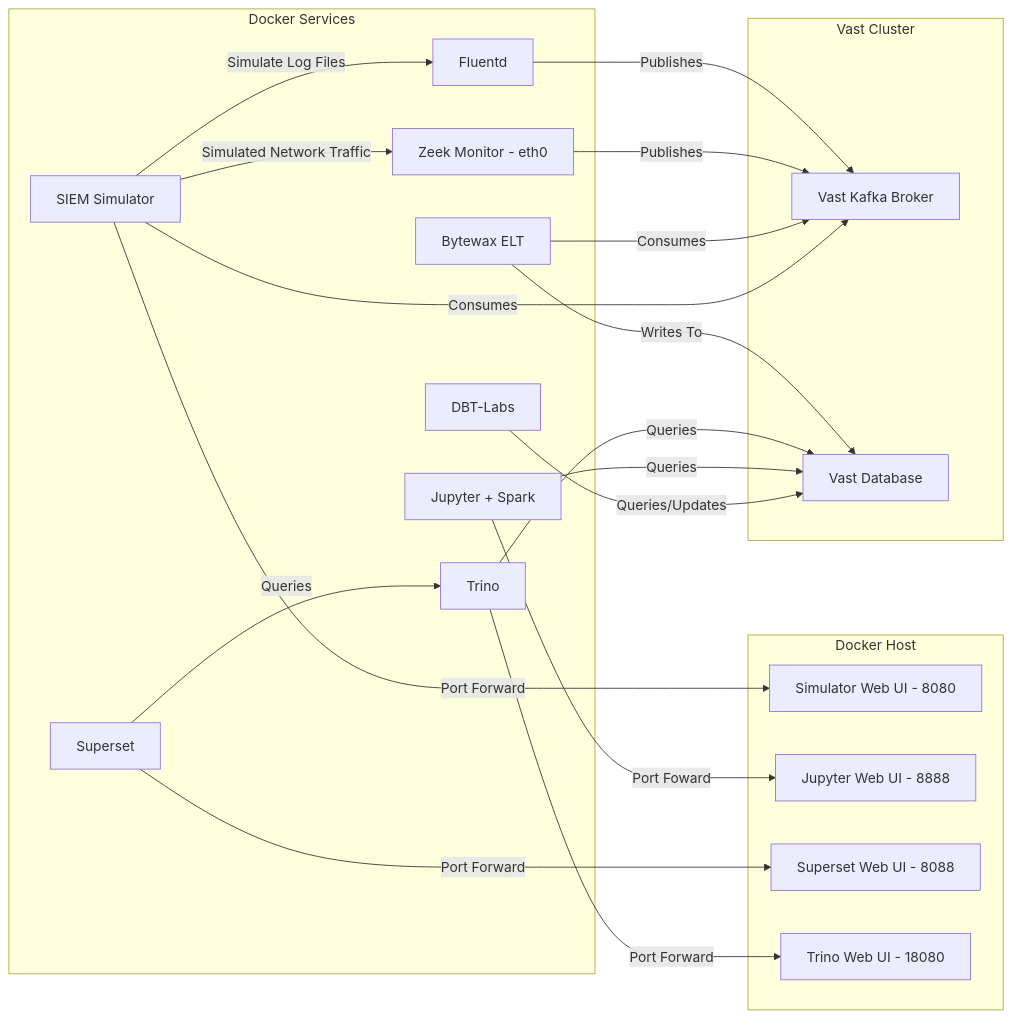
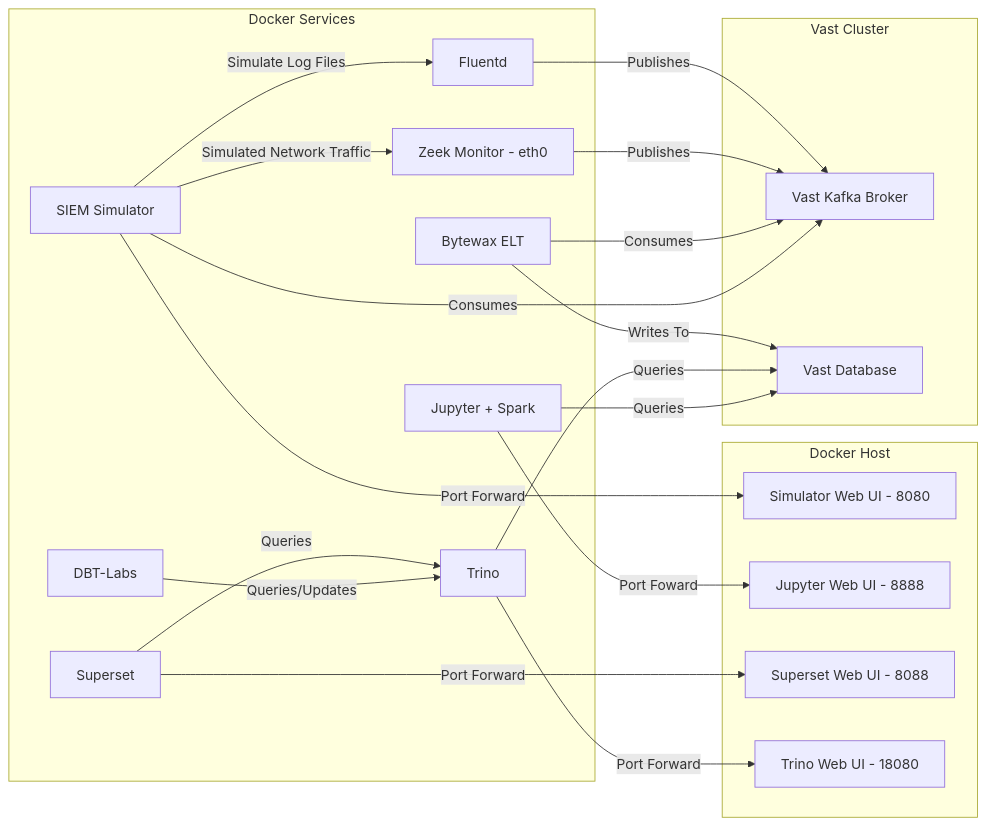
The diagram in README.md (snowch/vastdata_siem_demo), drawn with Mermaid before and after one commit.

````diff
--- a/README.md
+++ b/README.md
@@ -48,43 +48,43 @@
 ```mermaid
 graph LR
     subgraph "Docker Services"
         Z[Zeek Monitor - eth0]
         S[SIEM Simulator]
         F[Fluentd]
         J[Bytewax ELT]
         T[Trino]
         DBT[DBT-Labs]
         AS[Superset]
         B[Jupyter + Spark]
 
         S -- Simulate Log Files --> F
         S -- Simulated Network Traffic --> Z
         AS -- Queries --> T
     end
 
     subgraph "Docker Host"
         SW[Simulator Web UI - 8080]
         JW[Jupyter Web UI - 8888]
         ASW[Superset Web UI - 8088]
         TW[Trino Web UI - 18080]
     end
 
     subgraph "Vast Cluster"
         K[Vast Kafka Broker]
         VDB[Vast Database]
     end
 
     S -- Port Forward --> SW
     AS -- Port Forward --> ASW
     T -- Port Forward --> TW
     B -- Port Foward --> JW
 
     F -- Publishes --> K
     Z -- Publishes --> K
     J -- Consumes --> K
     S -- Consumes --> K
     J -- Writes To --> VDB
     T -- Queries --> VDB
     B -- Queries --> VDB
-    DBT -- Queries/Updates --> VDB
+    DBT -- Queries/Updates --> T
 ```
````
